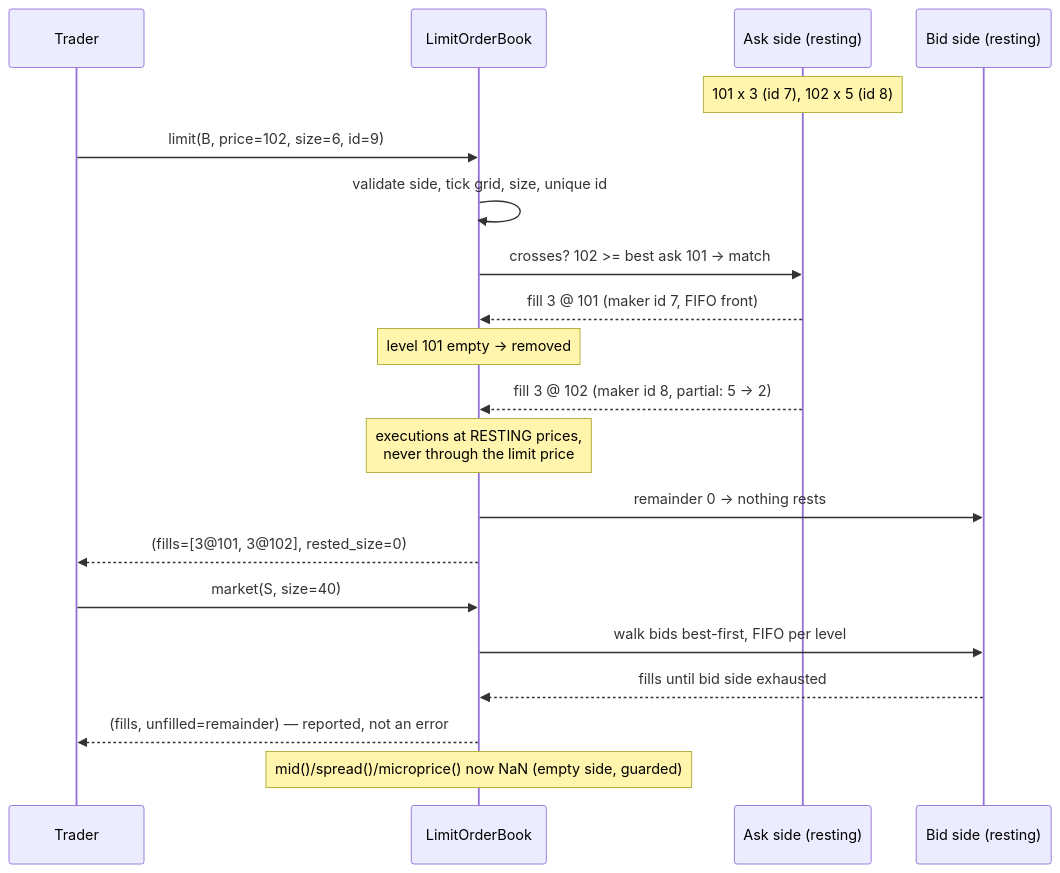
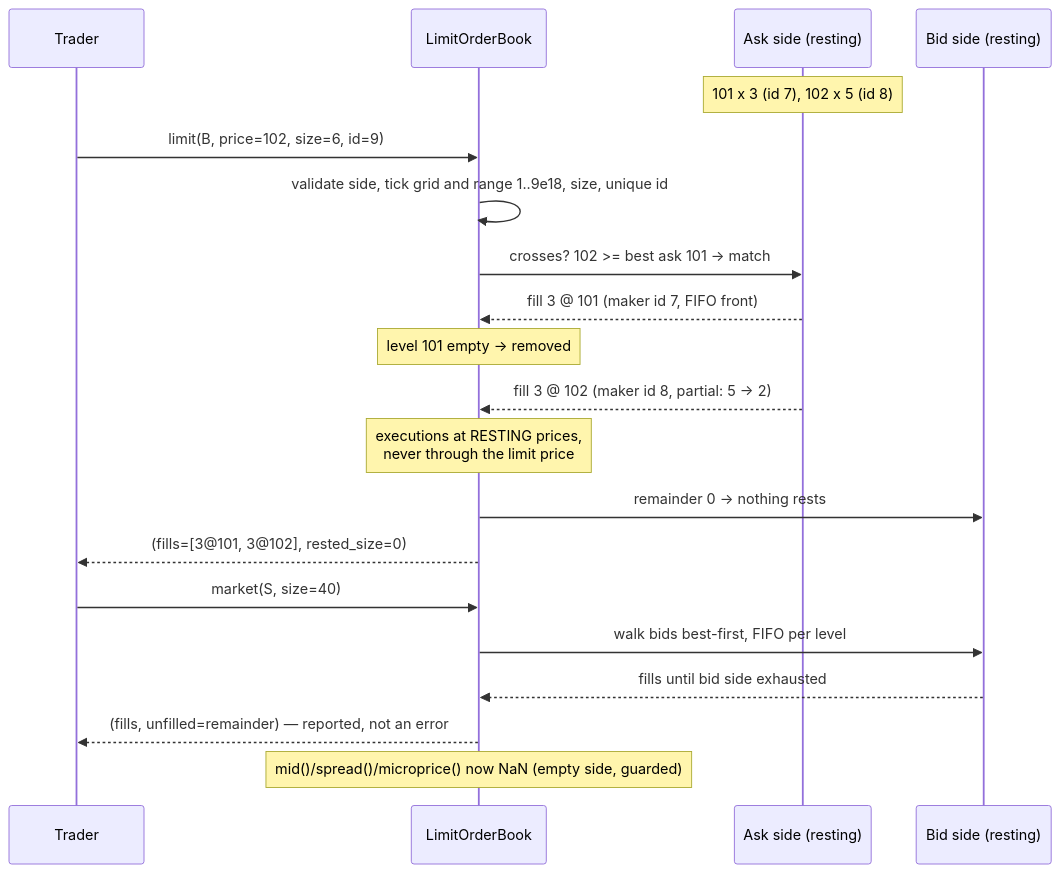
The diagram in docs/diagrams/crossed_limit_seq.mmd (AshJha0/hft-lob-modeling), drawn with Mermaid before and after one commit. The commit also changed 100 other files, not shown here.

```diff
--- a/docs/diagrams/crossed_limit_seq.mmd
+++ b/docs/diagrams/crossed_limit_seq.mmd
@@ -1,22 +1,22 @@
 sequenceDiagram
     participant T as Trader
     participant B as LimitOrderBook
     participant A as Ask side (resting)
     participant D as Bid side (resting)
 
     Note over A: 101 x 3 (id 7), 102 x 5 (id 8)
     T->>B: limit(B, price=102, size=6, id=9)
-    B->>B: validate side, tick grid, size, unique id
+    B->>B: validate side, tick grid and range 1..9e18, size, unique id
     B->>A: crosses? 102 >= best ask 101 -> match
     A-->>B: fill 3 @ 101 (maker id 7, FIFO front)
     Note over B: level 101 empty -> removed
     A-->>B: fill 3 @ 102 (maker id 8, partial: 5 -> 2)
     Note over B: executions at RESTING prices,<br/>never through the limit price
     B->>D: remainder 0 -> nothing rests
     B-->>T: (fills=[3@101, 3@102], rested_size=0)
 
     T->>B: market(S, size=40)
     B->>D: walk bids best-first, FIFO per level
     D-->>B: fills until bid side exhausted
     B-->>T: (fills, unfilled=remainder) — reported, not an error
     Note over B: mid()/spread()/microprice() now NaN (empty side, guarded)
```
